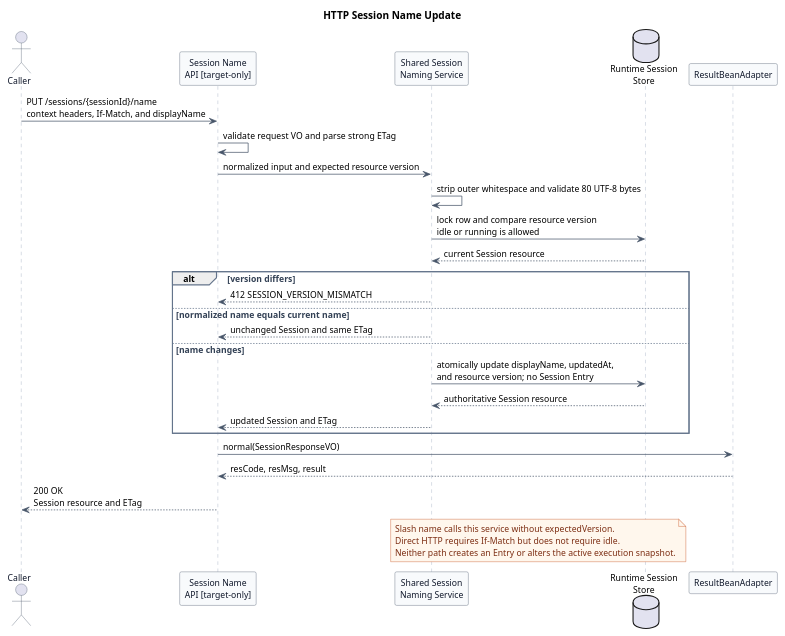
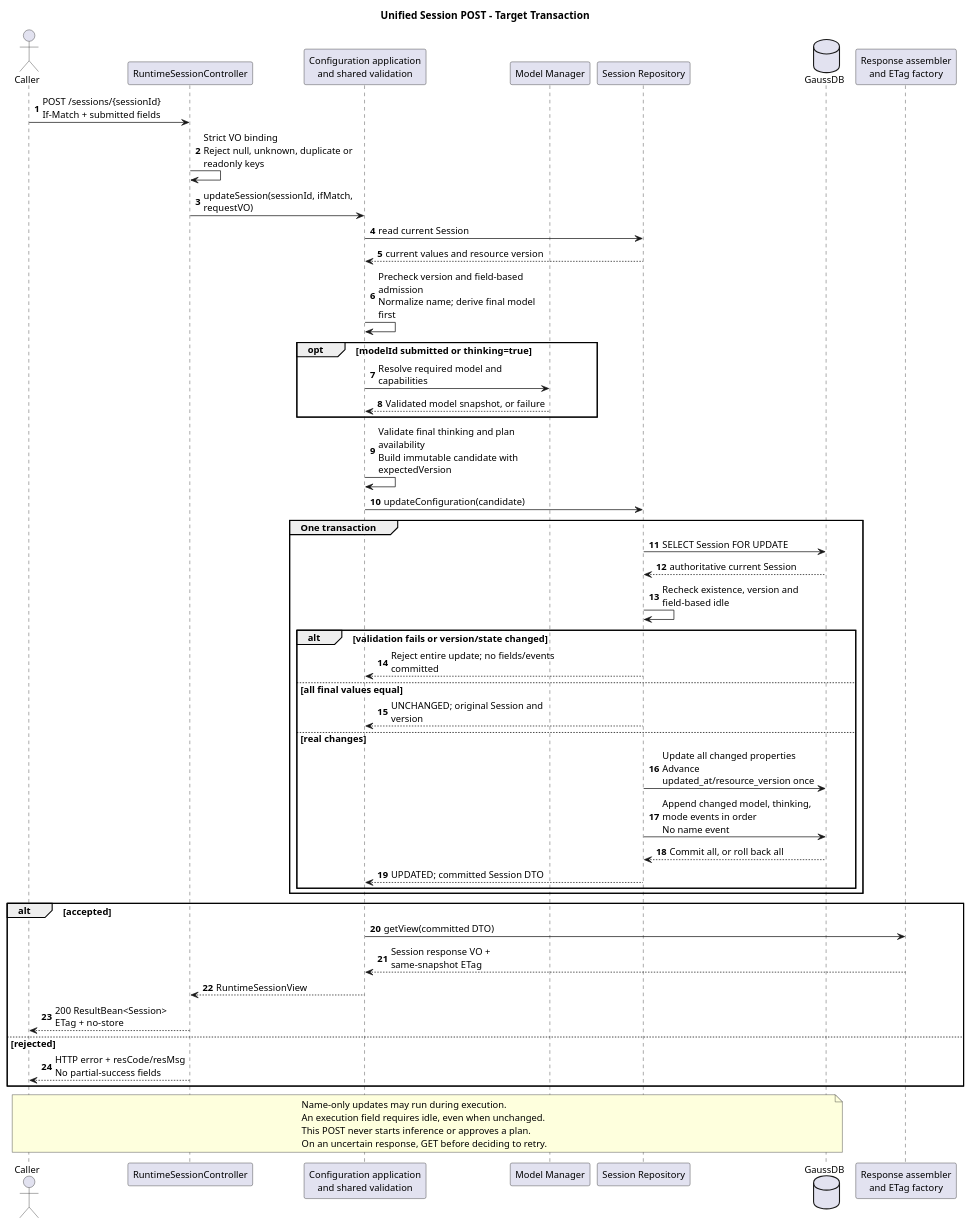
One commit to ssm0808/pi-mono-java-design changed the second of 2 diagrams in 01-总体架构/01-CampusClaw多Agent运行时/设计图/会话配置/diagram.puml. Above: the diagram before and after it, drawn with PlantUML. The commit also changed other lines of this file and 49 other files, not shown here.

Commit message:
docs(session): 统一名称模型思考与模式的 POST 更新契约

```diff
--- a/01-总体架构/01-CampusClaw多Agent运行时/设计图/会话配置/diagram.puml
+++ b/01-总体架构/01-CampusClaw多Agent运行时/设计图/会话配置/diagram.puml
@@ -131,62 +104,63 @@
-@startuml http_session_name_configuration
-title HTTP Session Name Update
-' Source evidence (pi-mono-java commit 510d882ca45541e0086586dab89c429c5a18cf20):
-' modules/coding-agent-cli/src/main/java/com/campusclaw/codingagent/runtimeapi/service/command/SessionNamingService.java.
-' modules/coding-agent-cli/src/main/java/com/campusclaw/codingagent/runtimeapi/service/command/contributor/NameCommandContributor.java.
-' modules/coding-agent-cli/src/main/java/com/campusclaw/codingagent/runtimeapi/persistence/RuntimeSessionRepository.java.
-' modules/coding-agent-cli/src/main/java/com/campusclaw/codingagent/runtimeapi/persistence/MyBatisRuntimeSessionRepository.java.
-' modules/coding-agent-cli/src/main/java/com/campusclaw/codingagent/runtimeapi/web/RuntimeSessionController.java.
-' modules/coding-agent-cli/src/main/java/com/campusclaw/codingagent/runtimeapi/web/RuntimeSessionConfigurationController.java.
-' Observed behavior: slash name persists display_name; no direct HTTP name route exists.
-' Target-only architecture: PUT name adds a direct route and expected-version adapter.
-' Design reason: direct UI rename and slash name share validation while HTTP avoids lost updates.
+@startuml http_session_update
+' Source baseline: pi-mono-java 09b32d8ea4a4b43b34be302d8b2745bdc417c9a2.
+' Source: modules/coding-agent-cli/src/main/java/com/campusclaw/codingagent/runtimeapi/persistence/MyBatisRuntimeSessionRepository.java :: rejectConfigurationUpdate, appendConfigurationEntries.
+' Source: modules/coding-agent-cli/src/main/java/com/campusclaw/codingagent/runtimeapi/session/RuntimeSessionResponseAssembler.java :: getView.
+' Observed behavior: existing configuration writes use row locks and durable events.
+' Design reason: resolve a combined target before a single version-checked transaction.
+' Java divergence: unified POST and atomic four-property update are target-only.
+title Unified Session POST - Target Transaction
 skinparam backgroundColor #FFFFFF
+skinparam defaultFontName SansSerif
+skinparam defaultFontSize 13
 skinparam shadowing false
-skinparam defaultFontName Arial
-skinparam defaultFontSize 12
-skinparam sequence {
-  ArrowColor #475569
-  ActorBorderColor #475569
-  ActorFontColor #0F172A
-  LifeLineBorderColor #94A3B8
-  LifeLineBackgroundColor #F8FAFC
-  ParticipantBorderColor #475569
-  ParticipantBackgroundColor #F8FAFC
-  ParticipantFontColor #0F172A
-  GroupBorderColor #64748B
-  GroupFontColor #334155
-}
-skinparam note {
-  BackgroundColor #FFF7ED
-  BorderColor #C2410C
-  FontColor #7C2D12
-}
+skinparam maxMessageSize 230
+autonumber
 actor Caller
-participant "Session Name\nAPI [target-only]" as API
-participant "Shared Session\nNaming Service" as Service
-database "Runtime Session\nStore" as Store
-participant ResultBeanAdapter
-Caller -> API : PUT /sessions/{sessionId}/name\ncontext headers, If-Match, and displayName
-API -> API : validate request VO and parse strong ETag
-API -> Service : normalized input and expected resource version
-Service -> Service : strip outer whitespace and validate 80 UTF-8 bytes
-Service -> Store : lock row and compare resource version\nidle or running is allowed
-Store --> Service : current Session resource
-alt version differs
-  Service --> API : 412 SESSION_VERSION_MISMATCH
-else normalized name equals current name
-  Service --> API : unchanged Session and same ETag
-else name changes
-  Service -> Store : atomically update displayName, updatedAt,\nand resource version; no Session Entry
-  Store --> Service : authoritative Session resource
-  Service --> API : updated Session and ETag
+participant "RuntimeSessionController" as API
+participant "Configuration application\nand shared validation" as App
+participant "Model Manager" as Models
+participant "Session Repository" as Repo
+database GaussDB as DB
+participant "Response assembler\nand ETag factory" as Response
+Caller -> API : POST /sessions/{sessionId}\nIf-Match + submitted fields
+API -> API : Strict VO binding\nReject null, unknown, duplicate or readonly keys
+API -> App : updateSession(sessionId, ifMatch, requestVO)
+App -> Repo : read current Session
+Repo --> App : current values and resource version
+App -> App : Precheck version and field-based admission\nNormalize name; derive final model first
+opt modelId submitted or thinking=true
+  App -> Models : Resolve required model and capabilities
+  Models --> App : Validated model snapshot, or failure
 end
-API -> ResultBeanAdapter : normal(SessionResponseVO)
-ResultBeanAdapter --> API : resCode, resMsg, result
-API --> Caller : 200 OK\nSession resource and ETag
-note over Service,Store
-Slash name calls this service without expectedVersion.
-Direct HTTP requires If-Match but does not require idle.
-Neither path creates an Entry or alters the active execution snapshot.
+App -> App : Validate final thinking and plan availability\nBuild immutable candidate with expectedVersion
+App -> Repo : updateConfiguration(candidate)
+group One transaction
+  Repo -> DB : SELECT Session FOR UPDATE
+  DB --> Repo : authoritative current Session
+  Repo -> Repo : Recheck existence, version and field-based idle
+  alt validation fails or version/state changed
+    Repo --> App : Reject entire update; no fields/events committed
+  else all final values equal
+    Repo --> App : UNCHANGED; original Session and version
+  else real changes
+    Repo -> DB : Update all changed properties\nAdvance updated_at/resource_version once
+    Repo -> DB : Append changed model, thinking, mode events in order\nNo name event
+    DB --> Repo : Commit all, or roll back all
+    Repo --> App : UPDATED; committed Session DTO
+  end
+end
+alt accepted
+  App -> Response : getView(committed DTO)
+  Response --> App : Session response VO + same-snapshot ETag
+  App --> API : RuntimeSessionView
+  API --> Caller : 200 ResultBean<Session>\nETag + no-store
+else rejected
+  API --> Caller : HTTP error + resCode/resMsg\nNo partial-success fields
+end
+note over Caller,DB
+  Name-only updates may run during execution.
+  An execution field requires idle, even when unchanged.
+  This POST never starts inference or approves a plan.
+  On an uncertain response, GET before deciding to retry.
 end note
 @enduml
```
